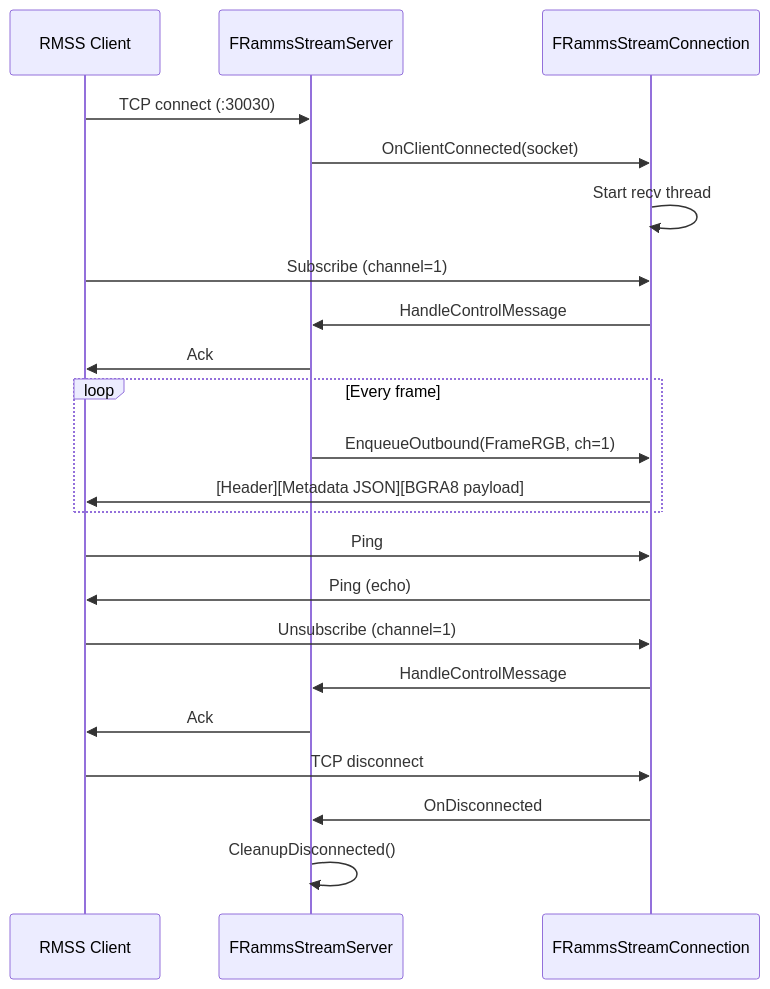
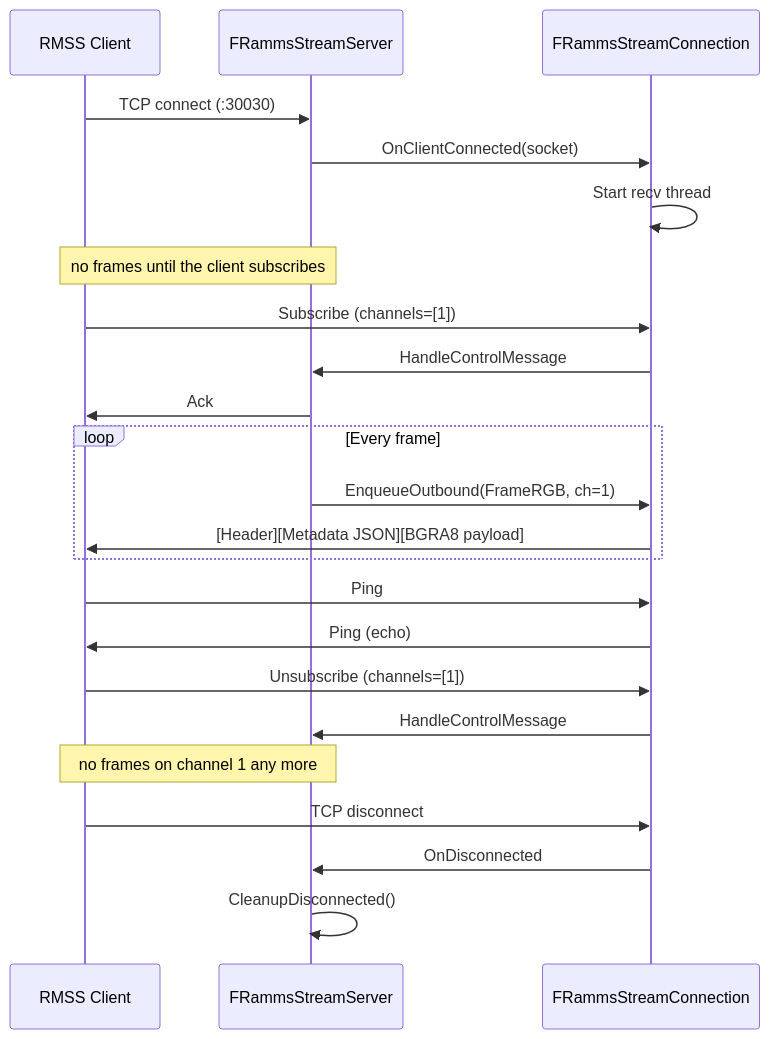
The sixth of 7 diagrams in README.md (rammp-org/ramms-streaming), drawn with Mermaid before and after one commit. The commit also changed other lines of this file and 11 other files, not shown here.

````diff
--- a/README.md
+++ b/README.md
@@ -258,30 +258,31 @@
 ```mermaid
 sequenceDiagram
     participant C as RMSS Client
     participant S as FRammsStreamServer
     participant Conn as FRammsStreamConnection
 
     C->>S: TCP connect (:30030)
     S->>Conn: OnClientConnected(socket)
     Conn->>Conn: Start recv thread
 
-    C->>Conn: Subscribe (channel=1)
+    Note over S,C: no frames until the client subscribes
+    C->>Conn: Subscribe (channels=[1])
     Conn->>S: HandleControlMessage
     S->>C: Ack
 
     loop Every frame
         S->>Conn: EnqueueOutbound(FrameRGB, ch=1)
         Conn->>C: [Header][Metadata JSON][BGRA8 payload]
     end
 
     C->>Conn: Ping
     Conn->>C: Ping (echo)
 
-    C->>Conn: Unsubscribe (channel=1)
+    C->>Conn: Unsubscribe (channels=[1])
     Conn->>S: HandleControlMessage
-    S->>C: Ack
+    Note over S,C: no frames on channel 1 any more
 
     C->>Conn: TCP disconnect
     Conn->>S: OnDisconnected
     S->>S: CleanupDisconnected()
 ```
````
